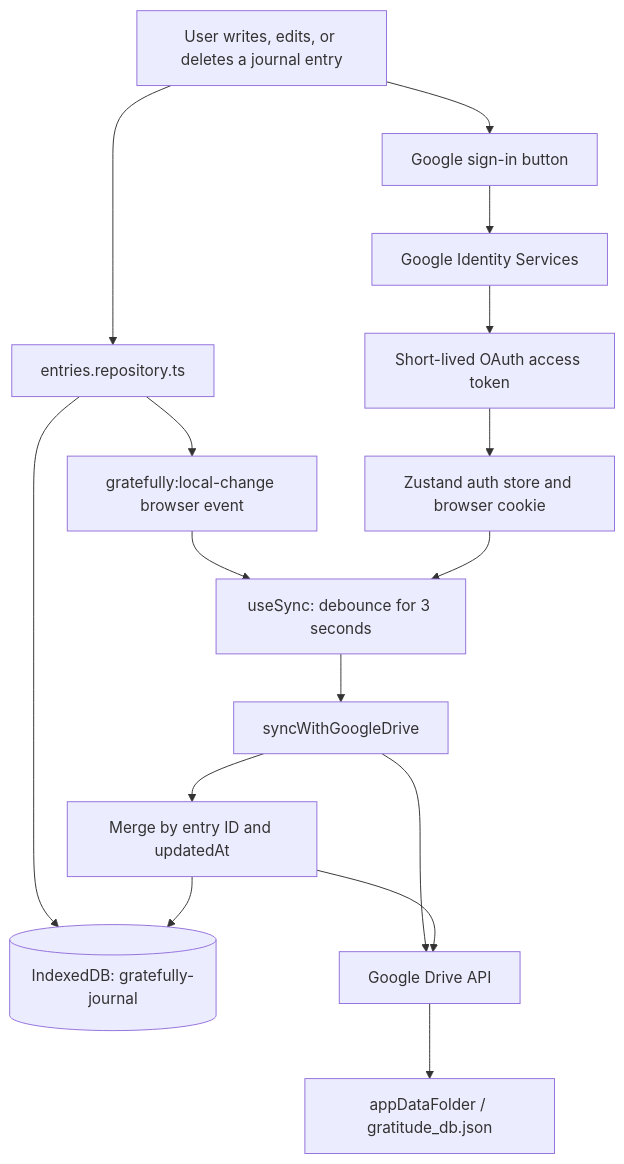
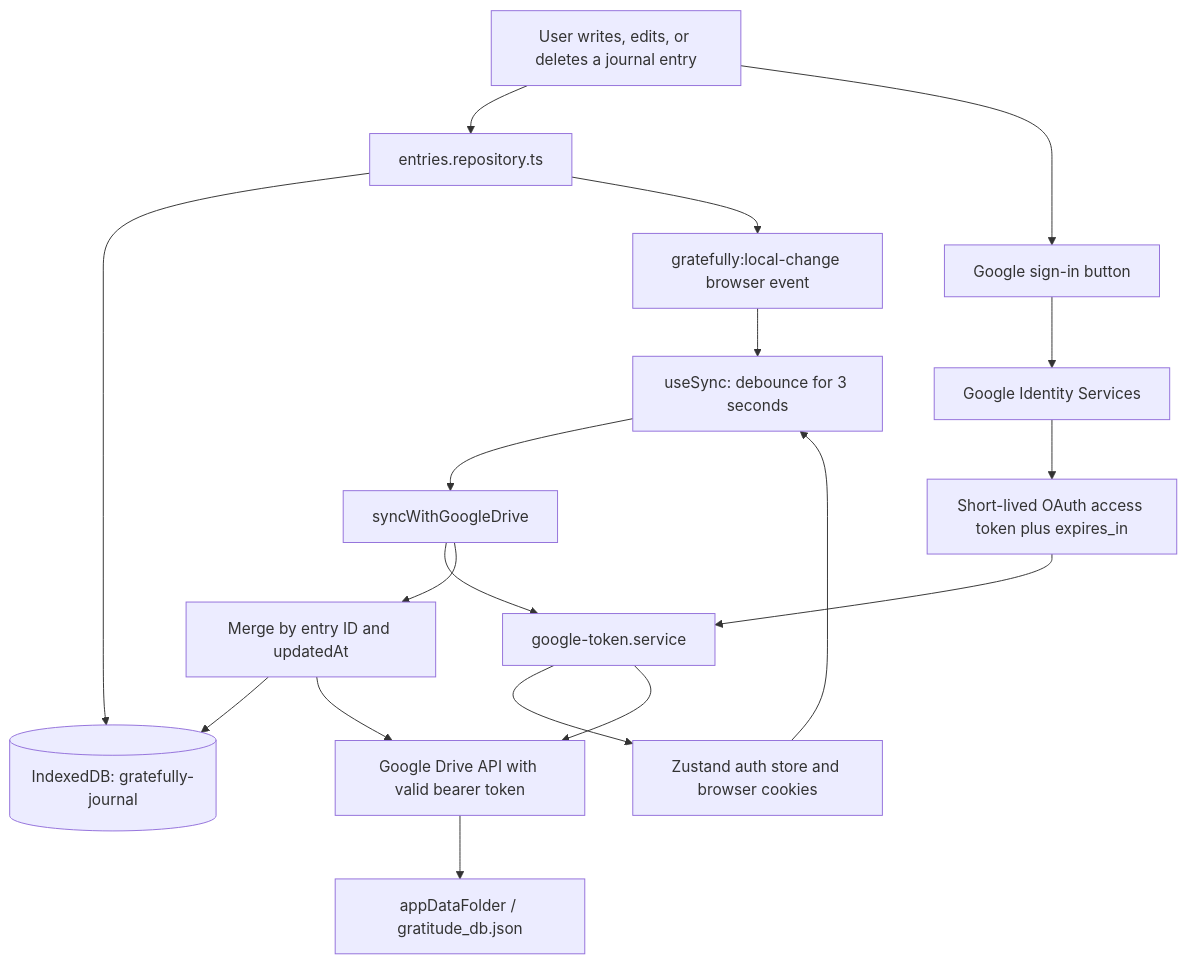
The first of 3 diagrams in docs/LEARNING_GUIDE.md (abdlrahman-l/gratefully), drawn with Mermaid before and after one commit. The commit also changed other lines of this file and 9 other files, not shown here.

Commit message:
new auth token flow fix

````diff
--- a/docs/LEARNING_GUIDE.md
+++ b/docs/LEARNING_GUIDE.md
@@ -38,20 +39,22 @@
 ```mermaid
 flowchart TD
     User[User writes, edits, or deletes a journal entry] --> Repo[entries.repository.ts]
     Repo --> IDB[(IndexedDB: gratefully-journal)]
     Repo --> Event[gratefully:local-change browser event]
     Event --> Scheduler[useSync: debounce for 3 seconds]
 
     User --> SignIn[Google sign-in button]
     SignIn --> GIS[Google Identity Services]
-    GIS --> Token[Short-lived OAuth access token]
-    Token --> AuthStore[Zustand auth store and browser cookie]
+    GIS --> Token[Short-lived OAuth access token plus expires_in]
+    Token --> TokenService[google-token.service]
+    TokenService --> AuthStore[Zustand auth store and browser cookies]
     AuthStore --> Scheduler
 
     Scheduler --> SyncService[syncWithGoogleDrive]
-    SyncService --> DriveAPI[Google Drive API]
+    SyncService --> TokenService
+    TokenService --> DriveAPI[Google Drive API with valid bearer token]
     DriveAPI --> AppData[appDataFolder / gratitude_db.json]
     SyncService --> Merge[Merge by entry ID and updatedAt]
     Merge --> IDB
     Merge --> DriveAPI
 ```
````
